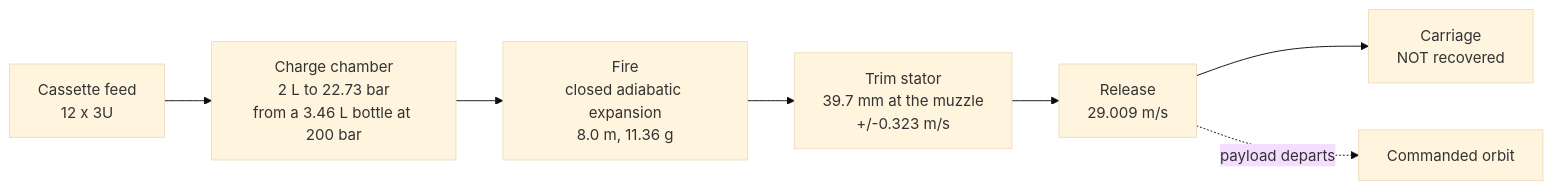
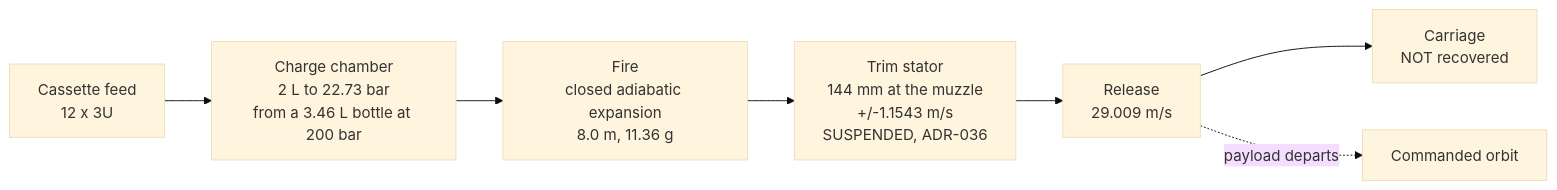
One commit to aaaaaaaaaaaavm/VOLLEY changed the second of 6 diagrams in README.md. Above: the diagram before and after it, drawn with Mermaid (base theme). The commit also changed other lines of this file, not shown here.

Commit message:
Front page: the trim stage is suspended, and where the outside evidence now sits

````diff
--- a/README.md
+++ b/README.md
@@ -153,9 +172,9 @@
 ```mermaid
 flowchart LR
     A["Cassette feed<br/>12 x 3U"] --> B["Charge chamber<br/>2 L to 22.73 bar<br/>from a 3.46 L bottle at 200 bar"]
     B --> C["Fire<br/>closed adiabatic expansion<br/>8.0 m, 11.36 g"]
-    C --> D["Trim stator<br/>39.7 mm at the muzzle<br/>+/-0.323 m/s"]
+    C --> D["Trim stator<br/>144 mm at the muzzle<br/>+/-1.1543 m/s<br/>SUSPENDED, ADR-036"]
     D --> E["Release<br/>29.009 m/s"]
     E --> F["Carriage<br/>NOT recovered"]
     E -.->|"payload departs"| G["Commanded orbit"]
 ```
````
